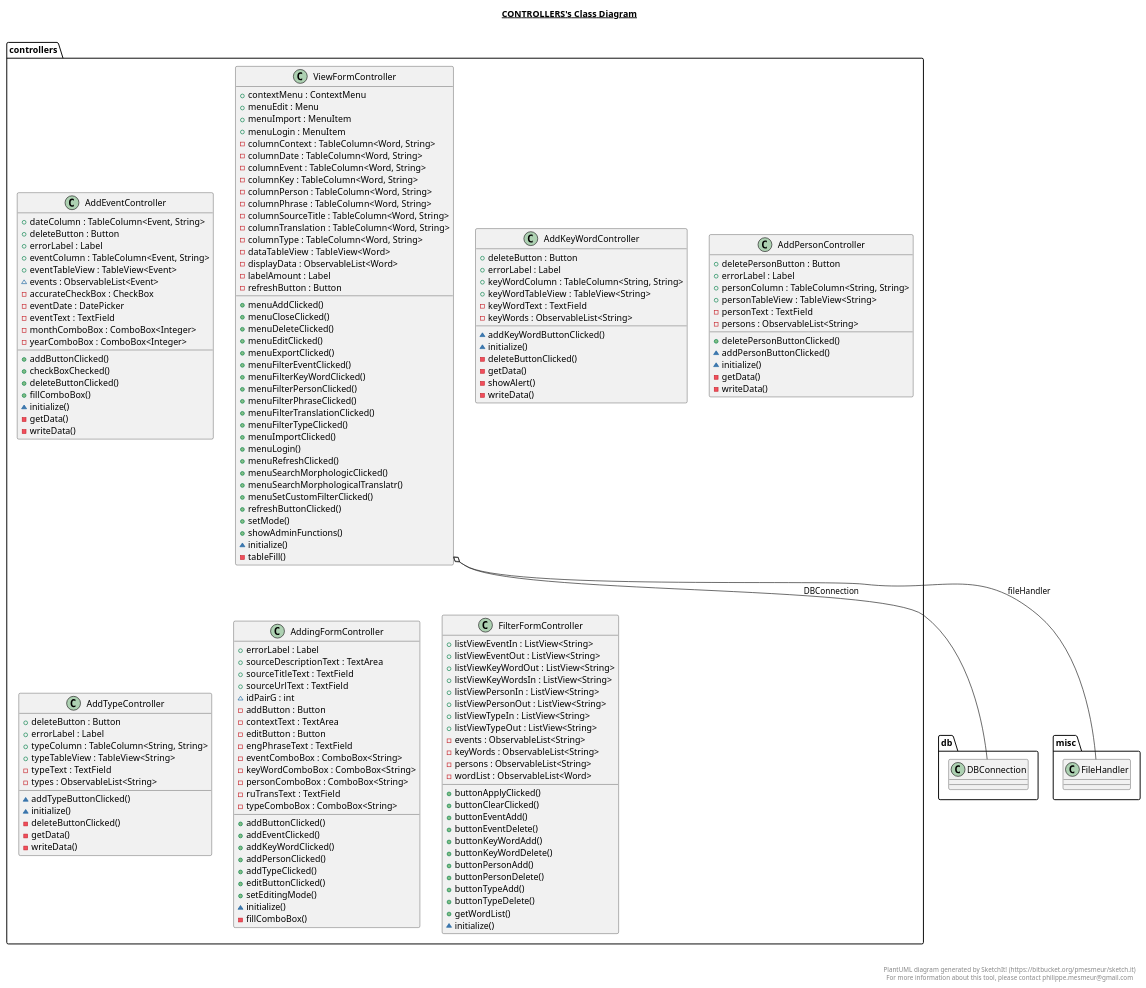
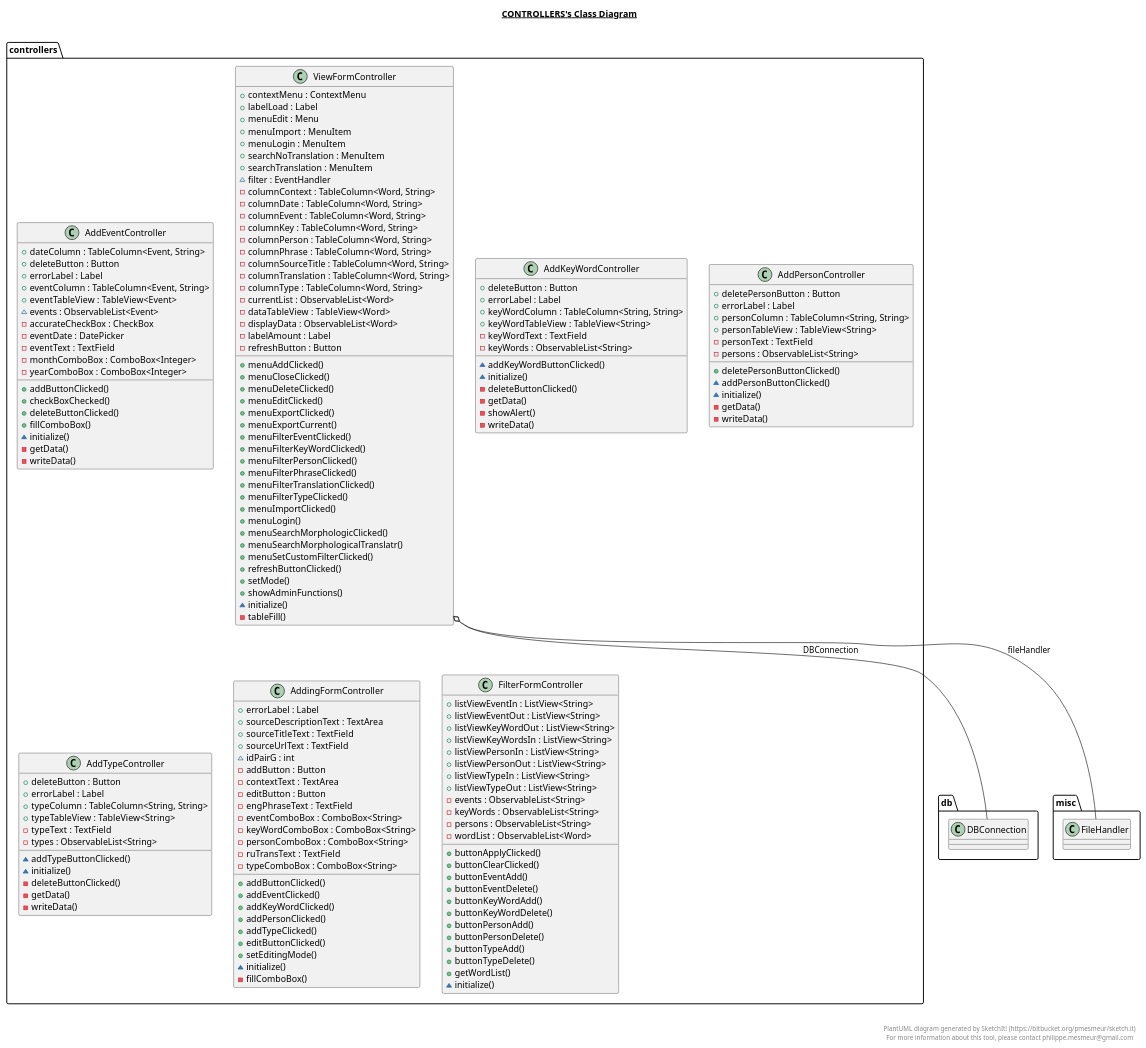
The diagram in out/production/Test diplom/controllers/controllers.plantuml (Liffex/Diplom), drawn with PlantUML before and after one commit. The commit also changed 8 other files, not shown here.

```diff
--- a/out/production/Test diplom/controllers/controllers.plantuml
+++ b/out/production/Test diplom/controllers/controllers.plantuml
@@ -140,9 +140,13 @@
   namespace controllers {
     class controllers.ViewFormController {
         + contextMenu : ContextMenu
+        + labelLoad : Label
         + menuEdit : Menu
         + menuImport : MenuItem
         + menuLogin : MenuItem
+        + searchNoTranslation : MenuItem
+        + searchTranslation : MenuItem
+        ~ filter : EventHandler
         - columnContext : TableColumn<Word, String>
         - columnDate : TableColumn<Word, String>
         - columnEvent : TableColumn<Word, String>
@@ -152,6 +156,7 @@
         - columnSourceTitle : TableColumn<Word, String>
         - columnTranslation : TableColumn<Word, String>
         - columnType : TableColumn<Word, String>
+        - currentList : ObservableList<Word>
         - dataTableView : TableView<Word>
         - displayData : ObservableList<Word>
         - labelAmount : Label
@@ -161,6 +166,7 @@
         + menuDeleteClicked()
         + menuEditClicked()
         + menuExportClicked()
+        + menuExportCurrent()
         + menuFilterEventClicked()
         + menuFilterKeyWordClicked()
         + menuFilterPersonClicked()
@@ -169,7 +175,6 @@
         + menuFilterTypeClicked()
         + menuImportClicked()
         + menuLogin()
-        + menuRefreshClicked()
         + menuSearchMorphologicClicked()
         + menuSearchMorphologicalTranslatr()
         + menuSetCustomFilterClicked()
```
